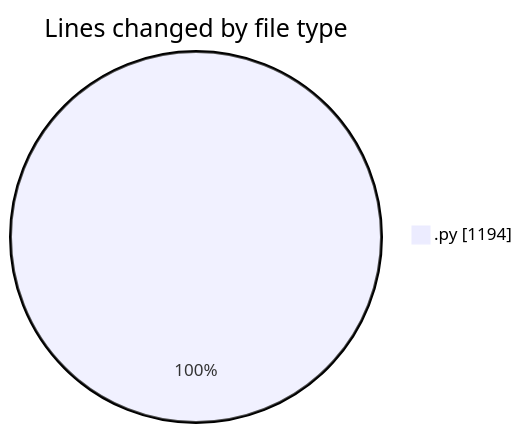
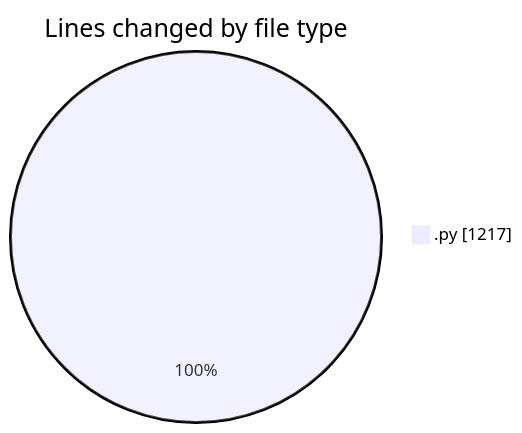
One commit to MatusMokan/code-tracking changed the first of 2 diagrams in 2025-03-26/myws__workspace_/README.md. Above: the diagram before and after it, drawn with Mermaid. The commit also changed other lines of this file and 1 other file, not shown here.

````diff
--- a/2025-03-26/myws__workspace_/README.md
+++ b/2025-03-26/myws__workspace_/README.md
@@ -20,5 +20,5 @@
 ```mermaid
 pie showData
 title Lines changed by file type
-".py" : 1194
+".py" : 1217
 ```
````
